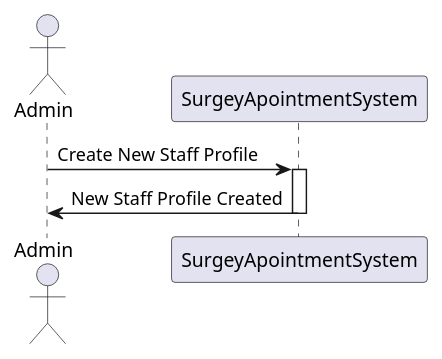
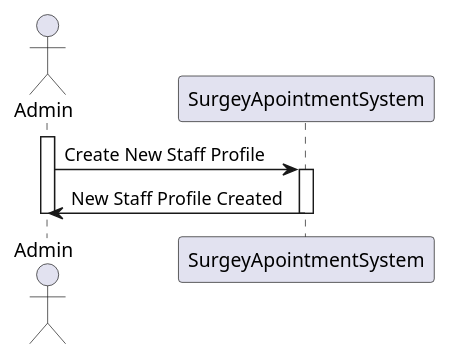
The diagram in docs/Sprint 1/US 5.1.12/SequenceDiagram/Level1/SequenceDiagram.puml (MateusCabral2004/sem5pi), drawn with PlantUML before and after one commit. The commit also changed 2 other files, not shown here.

Commit message:
#12 SequenceDiagram Level1,2,3

```diff
--- a/docs/Sprint 1/US 5.1.12/SequenceDiagram/Level1/SequenceDiagram.puml
+++ b/docs/Sprint 1/US 5.1.12/SequenceDiagram/Level1/SequenceDiagram.puml
@@ -1,11 +1,15 @@
 @startuml
 actor Admin
 participant SurgeyApointmentSystem
+
+activate Admin
 
 Admin -> SurgeyApointmentSystem : Create New Staff Profile
 activate SurgeyApointmentSystem
 
 SurgeyApointmentSystem -> Admin : New Staff Profile Created
 deactivate SurgeyApointmentSystem
 
+deactivate Admin
+
 @enduml
```
